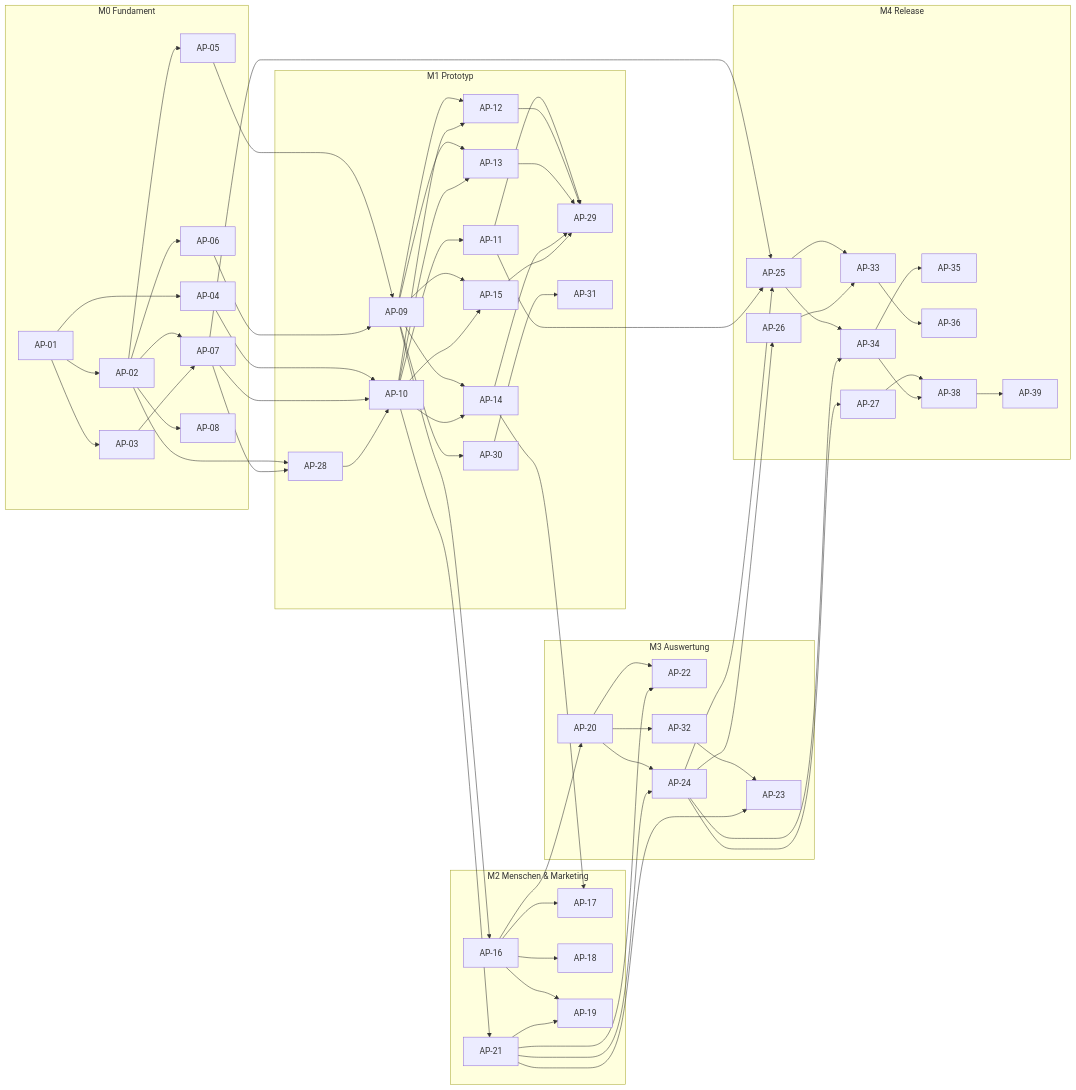
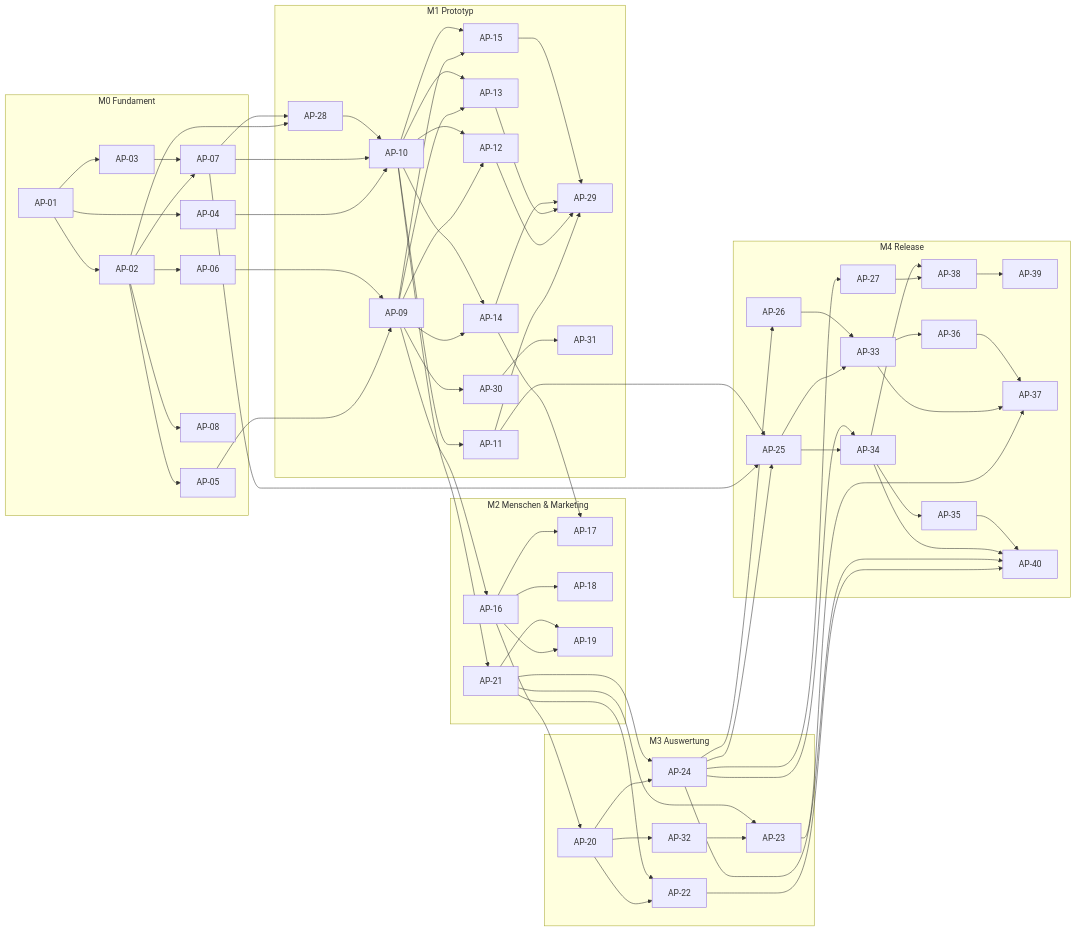
The third of 3 diagrams in docs/masterBuildPlan.md (CemDCoding/appManager), drawn with Mermaid before and after one commit. The commit also changed other lines of this file, not shown here.

````diff
--- a/docs/masterBuildPlan.md
+++ b/docs/masterBuildPlan.md
@@ -595,52 +597,56 @@
 ```mermaid
 flowchart LR
   subgraph M0["M0 Fundament"]
     AP01["AP-01"] --> AP02["AP-02"] & AP03["AP-03"] & AP04["AP-04"]
     AP02 --> AP05["AP-05"] & AP06["AP-06"] & AP07["AP-07"] & AP08["AP-08"]
     AP03 --> AP07
   end
   subgraph M1["M1 Prototyp"]
     AP09["AP-09"]
     AP28["AP-28"]
     AP10["AP-10"]
     AP09 & AP10 --> AP12["AP-12"] & AP13["AP-13"] & AP14["AP-14"] & AP15["AP-15"]
     AP10 --> AP11["AP-11"]
     AP11 & AP12 & AP13 & AP14 & AP15 --> AP29["AP-29"]
     AP09 --> AP30["AP-30"] --> AP31["AP-31"]
   end
   subgraph M2["M2 Menschen & Marketing"]
     AP16["AP-16"] --> AP17["AP-17"] & AP18["AP-18"] & AP19["AP-19"]
     AP21["AP-21"] --> AP19
   end
   subgraph M3["M3 Auswertung"]
     AP20["AP-20"] --> AP22["AP-22"] & AP24["AP-24"] & AP32["AP-32"]
     AP32 --> AP23["AP-23"]
   end
   AP21 --> AP22 & AP23 & AP24
   AP14 --> AP17
   subgraph M4["M4 Release"]
     AP25["AP-25"]
     AP26["AP-26"]
     AP27["AP-27"]
     AP33["AP-33"]
     AP34["AP-34"]
     AP35["AP-35"]
     AP36["AP-36"]
     AP38["AP-38"]
     AP39["AP-39"]
+    AP37["AP-37"]
+    AP40["AP-40"]
   end
   AP05 & AP06 --> AP09
   AP02 & AP07 --> AP28
   AP04 & AP07 & AP28 --> AP10
   AP09 --> AP16 --> AP20
   AP10 --> AP21
   AP07 & AP11 --> AP25
   AP24 --> AP25 & AP26 & AP27
   AP25 --> AP33 & AP34
   AP26 --> AP33
   AP24 --> AP34
   AP34 --> AP35
   AP33 --> AP36
   AP27 & AP34 --> AP38
   AP38 --> AP39
+  AP23 & AP33 & AP36 --> AP37
+  AP22 & AP24 & AP34 & AP35 --> AP40
 ```
````
